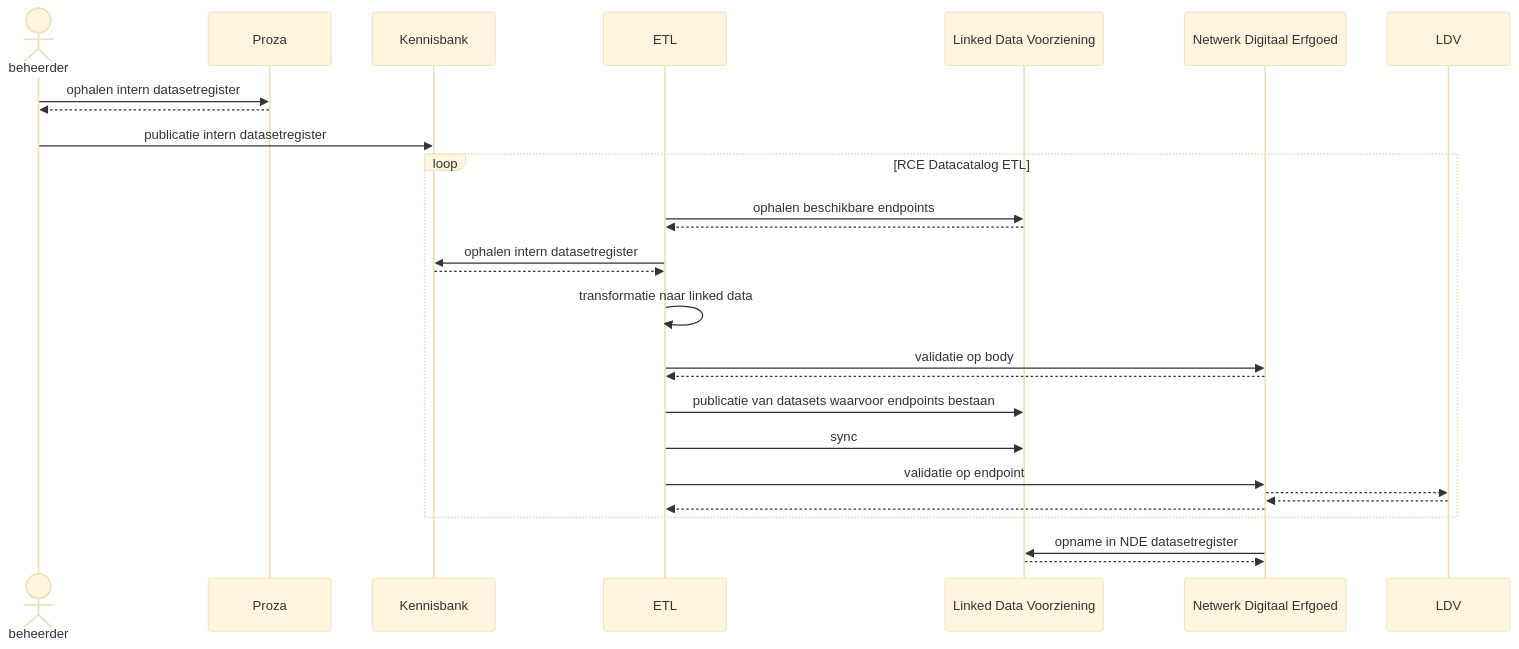
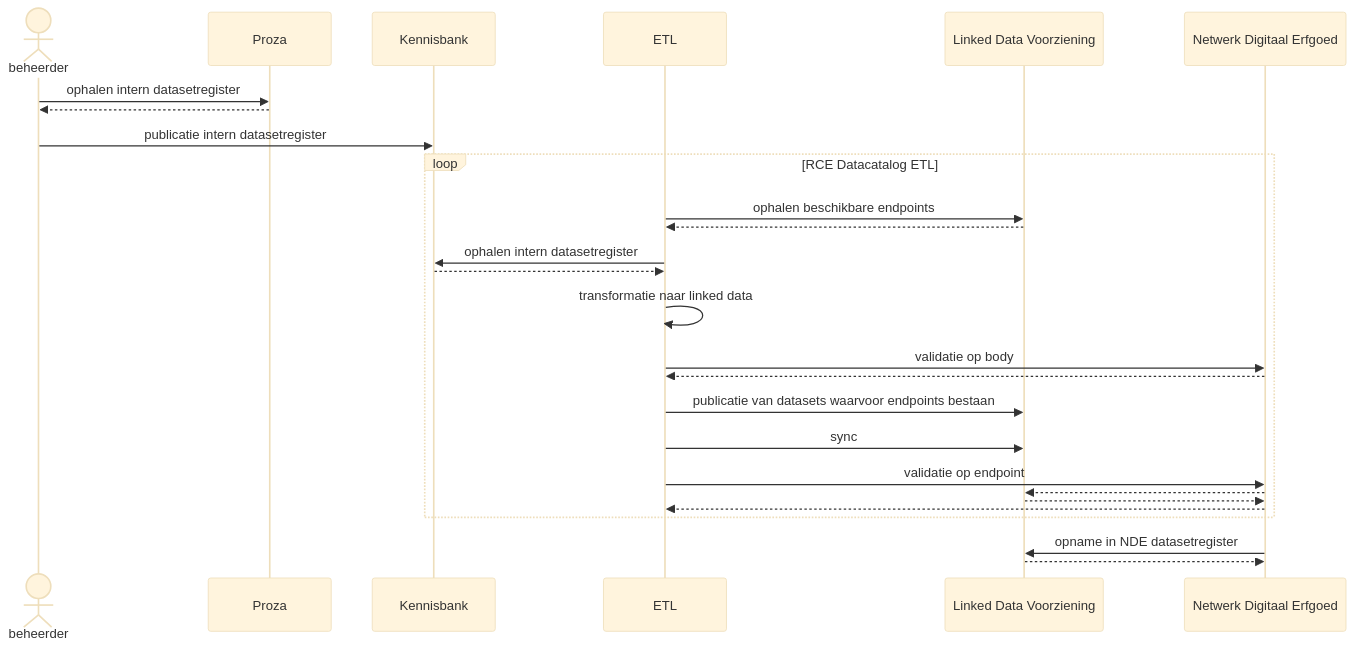
The diagram in README.md (cultureelerfgoed/datacatalog-etl), drawn with Mermaid (base theme) before and after one commit.

````diff
--- a/README.md
+++ b/README.md
@@ -12,30 +12,30 @@
 ```mermaid
 sequenceDiagram;
     actor beheerder
     participant Proza 
     participant Kennisbank
     participant ETL
     participant Linked Data Voorziening
     participant Netwerk Digitaal Erfgoed
     
     beheerder->>Proza:ophalen intern datasetregister
     Proza-->>beheerder:
     beheerder->>Kennisbank:publicatie intern datasetregister
     loop RCE Datacatalog ETL
         ETL->>Linked Data Voorziening:ophalen beschikbare endpoints
         Linked Data Voorziening-->>ETL:
         ETL->>Kennisbank:ophalen intern datasetregister
         Kennisbank-->>ETL:
         ETL->>ETL:transformatie naar linked data
         ETL->>Netwerk Digitaal Erfgoed:validatie op body
         Netwerk Digitaal Erfgoed-->>ETL:
         ETL->>Linked Data Voorziening:publicatie van datasets waarvoor endpoints bestaan
         ETL->>Linked Data Voorziening:sync
         ETL->>Netwerk Digitaal Erfgoed:validatie op endpoint
-        Netwerk Digitaal Erfgoed-->>LDV:
-        LDV-->>Netwerk Digitaal Erfgoed:
+        Netwerk Digitaal Erfgoed-->>Linked Data Voorziening:
+        Linked Data Voorziening-->>Netwerk Digitaal Erfgoed:
         Netwerk Digitaal Erfgoed-->>ETL:
     end
     Netwerk Digitaal Erfgoed->>Linked Data Voorziening:opname in NDE datasetregister
     Linked Data Voorziening-->>Netwerk Digitaal Erfgoed:
 ```
````
